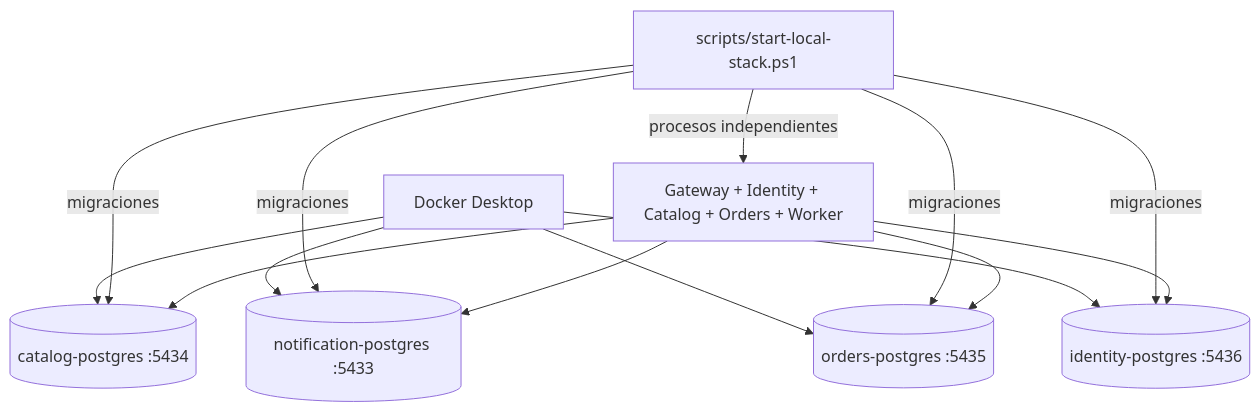
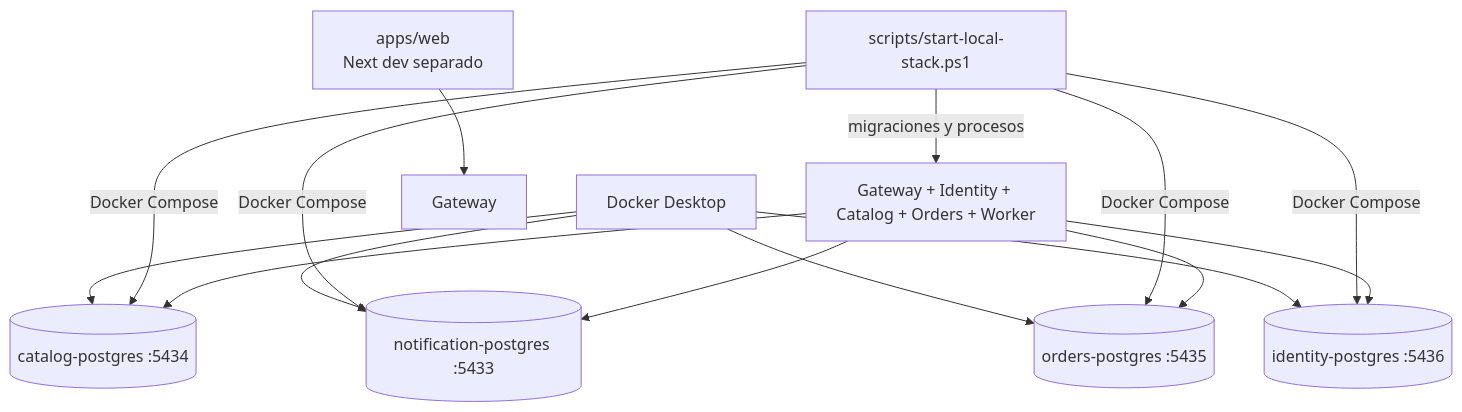
The ninth of 10 diagrams in docs/wiki/architecture-overview.md (HectorARiascosI/mileshop-platform), drawn with Mermaid before and after one commit. The commit also changed other lines of this file and 106 other files, not shown here.

````diff
--- a/docs/wiki/architecture-overview.md
+++ b/docs/wiki/architecture-overview.md
@@ -312,17 +416,18 @@
 ```mermaid
 flowchart TB
     Docker[Docker Desktop]
     Docker --> CDB[(catalog-postgres :5434)]
     Docker --> NDB[(notification-postgres :5433)]
     Docker --> ODB[(orders-postgres :5435)]
     Docker --> IDB[(identity-postgres :5436)]
-    Start[scripts/start-local-stack.ps1] -->|migraciones| CDB
-    Start -->|migraciones| NDB
-    Start -->|migraciones| ODB
-    Start -->|migraciones| IDB
-    Start -->|procesos independientes| Apps[Gateway + Identity + Catalog + Orders + Worker]
+    Start[scripts/start-local-stack.ps1] -->|Docker Compose| CDB
+    Start -->|Docker Compose| NDB
+    Start -->|Docker Compose| ODB
+    Start -->|Docker Compose| IDB
+    Start -->|migraciones y procesos| Apps[Gateway + Identity + Catalog + Orders + Worker]
+    Web[apps/web\nNext dev separado] --> Gateway
     Apps --> CDB
     Apps --> NDB
     Apps --> ODB
     Apps --> IDB
 ```
````
